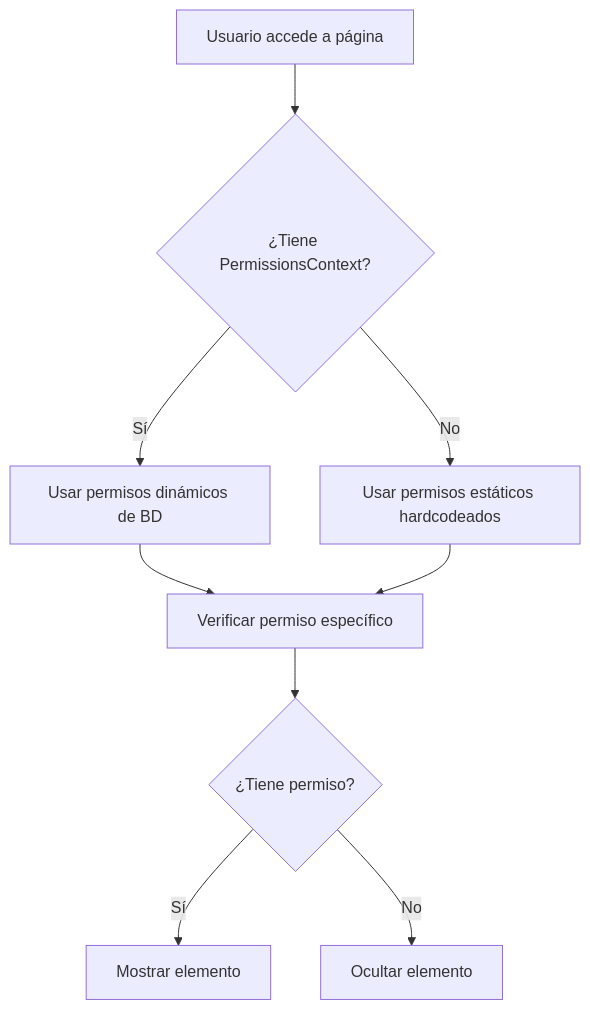
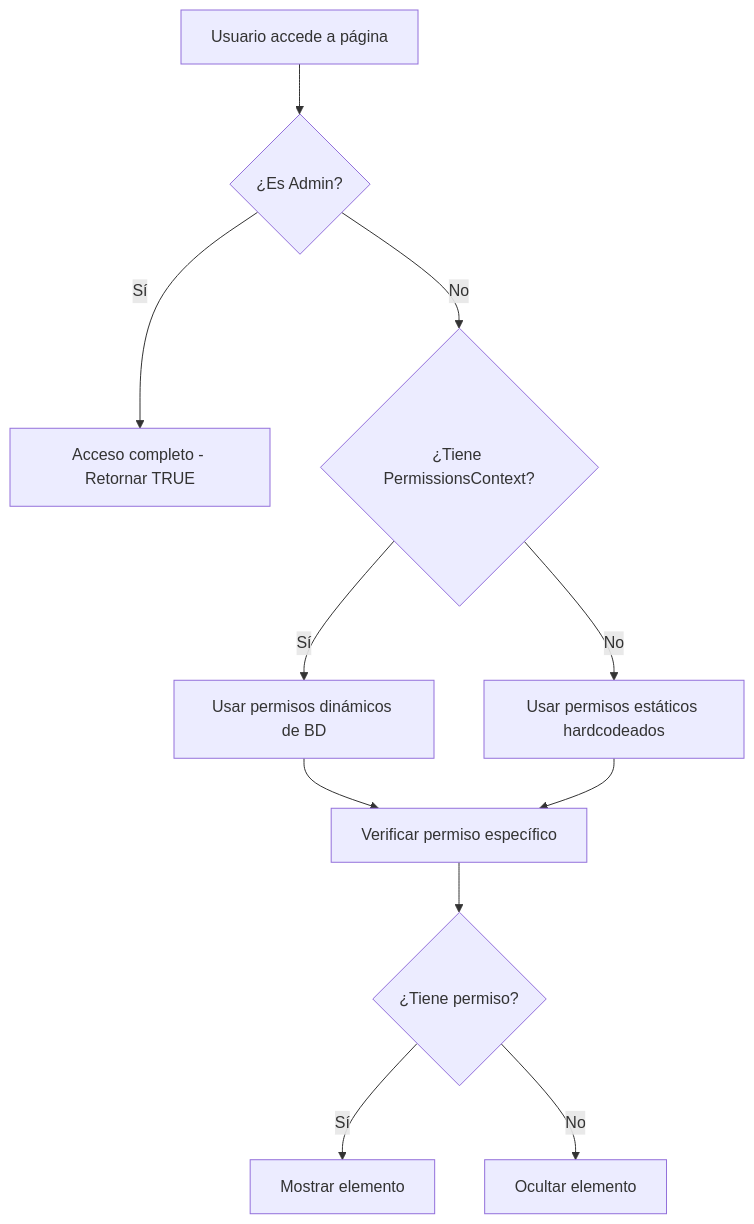
One commit to Angeln8n-g/InventarioGeneral-1 changed the diagram in docs/PERMISSIONS_DYNAMIC_NAVIGATION.md. Above: the diagram before and after it, drawn with Mermaid. The commit also changed other lines of this file, not shown here.

First line of the commit message:
docs: actualizar documentación con regla de acceso completo para admins

````diff
--- a/docs/PERMISSIONS_DYNAMIC_NAVIGATION.md
+++ b/docs/PERMISSIONS_DYNAMIC_NAVIGATION.md
@@ -69,11 +69,13 @@
 ```mermaid
 graph TD
-    A[Usuario accede a página] --> B{¿Tiene PermissionsContext?}
-    B -->|Sí| C[Usar permisos dinámicos de BD]
-    B -->|No| D[Usar permisos estáticos hardcodeados]
-    C --> E[Verificar permiso específico]
-    D --> E
-    E --> F{¿Tiene permiso?}
-    F -->|Sí| G[Mostrar elemento]
-    F -->|No| H[Ocultar elemento]
+    A[Usuario accede a página] --> B{¿Es Admin?}
+    B -->|Sí| C[Acceso completo - Retornar TRUE]
+    B -->|No| D{¿Tiene PermissionsContext?}
+    D -->|Sí| E[Usar permisos dinámicos de BD]
+    D -->|No| F[Usar permisos estáticos hardcodeados]
+    E --> G[Verificar permiso específico]
+    F --> G
+    G --> H{¿Tiene permiso?}
+    H -->|Sí| I[Mostrar elemento]
+    H -->|No| J[Ocultar elemento]
 ```
````
